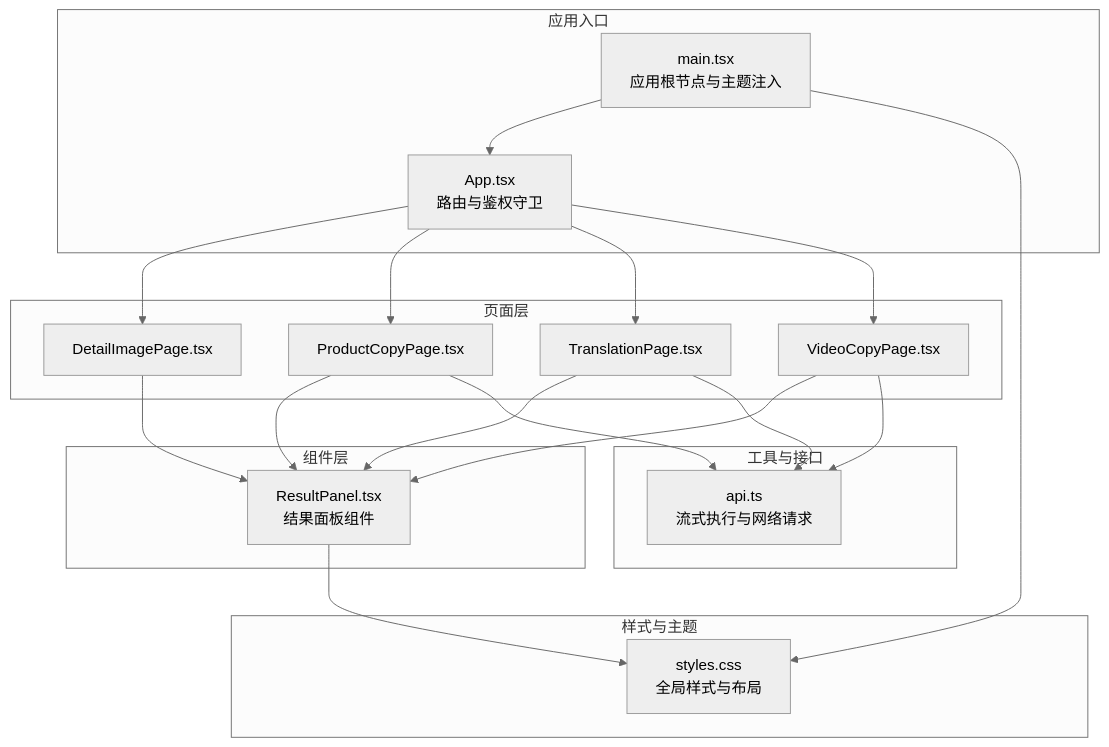
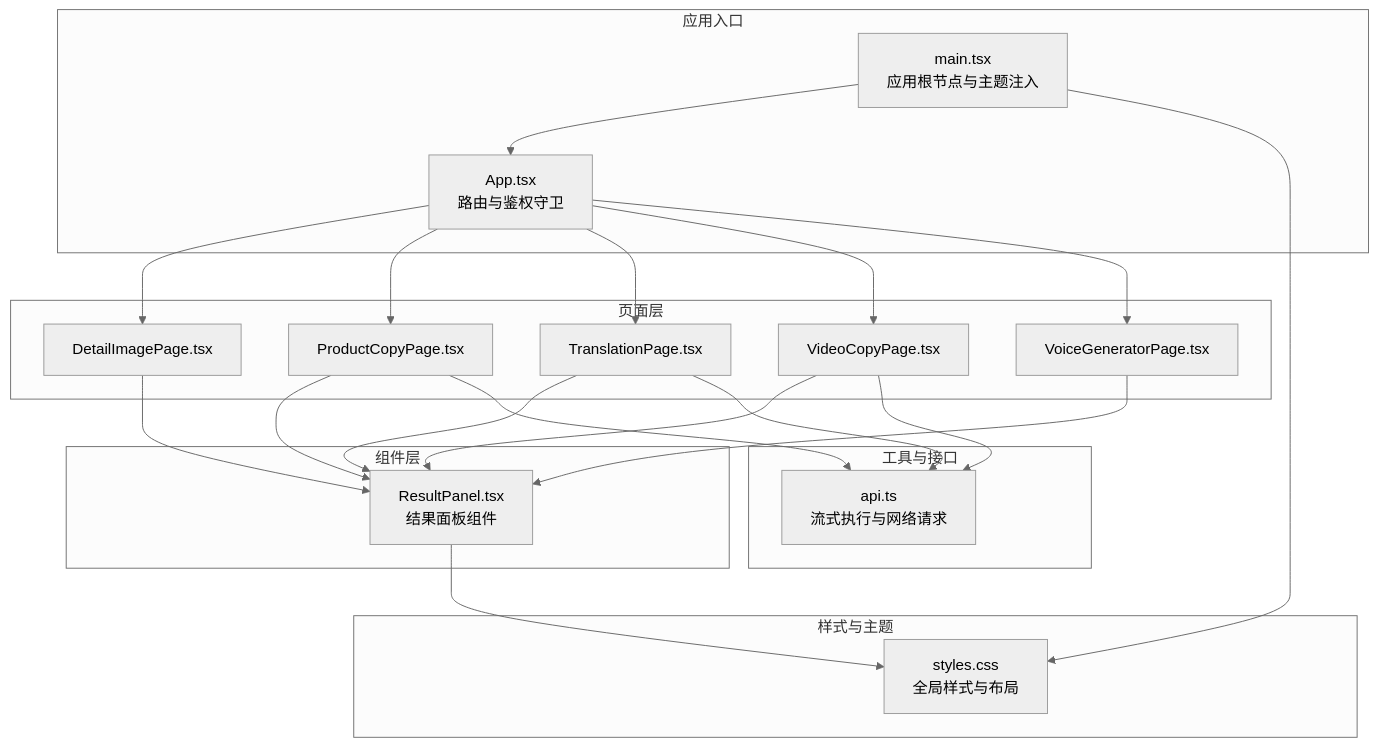
Before and after one commit to hanksd769-droid/sailshub: the first of 4 diagrams in .qoder/repowiki/zh/content/前端组件架构/UI 组件.md, drawn with Mermaid (neutral theme). The commit also changed other lines of this file and 2 other files, not shown here.

````diff
--- a/.qoder/repowiki/zh/content/前端组件架构/UI 组件.md
+++ b/.qoder/repowiki/zh/content/前端组件架构/UI 组件.md
@@ -36,36 +45,39 @@
 ```mermaid
 graph TB
 subgraph "应用入口"
 MAIN["main.tsx<br/>应用根节点与主题注入"]
 APP["App.tsx<br/>路由与鉴权守卫"]
 end
 subgraph "页面层"
 DIP["DetailImagePage.tsx"]
 PCP["ProductCopyPage.tsx"]
 TP["TranslationPage.tsx"]
 VCP["VideoCopyPage.tsx"]
+VGP["VoiceGeneratorPage.tsx"]
 end
 subgraph "组件层"
 RP["ResultPanel.tsx<br/>结果面板组件"]
 end
 subgraph "样式与主题"
 CSS["styles.css<br/>全局样式与布局"]
 end
 subgraph "工具与接口"
 API["api.ts<br/>流式执行与网络请求"]
 end
 MAIN --> APP
 APP --> DIP
 APP --> PCP
 APP --> TP
 APP --> VCP
+APP --> VGP
 DIP --> RP
 PCP --> RP
 TP --> RP
 VCP --> RP
+VGP --> RP
 MAIN --> CSS
 RP --> CSS
 PCP --> API
 TP --> API
 VCP --> API
 ```
````
